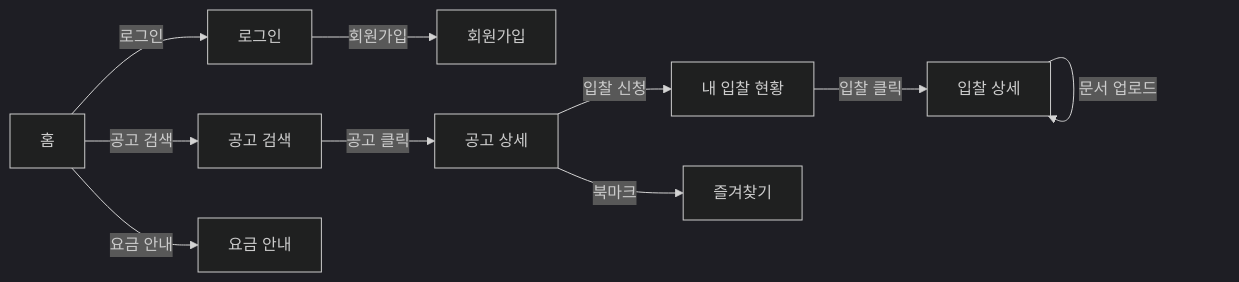
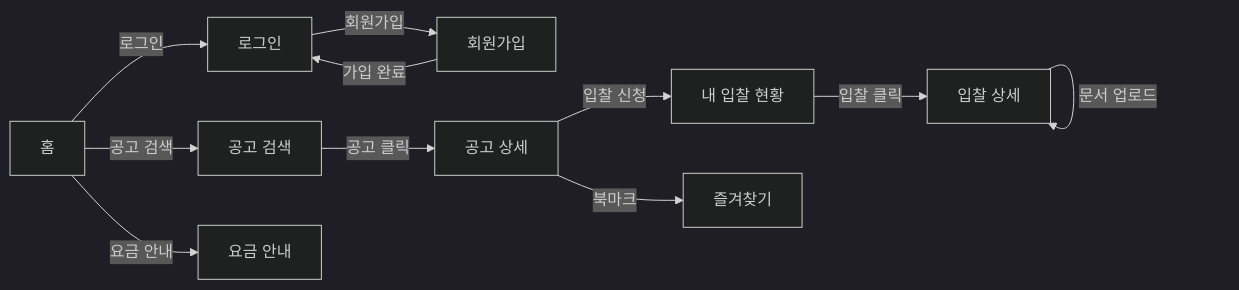
The first of 2 diagrams in docs/T3-3_화면_구조.md (johnnykim7/wjbid), drawn with Mermaid (dark theme) before and after one commit. The commit also changed other lines of this file and 20 other files, not shown here.

````diff
--- a/docs/T3-3_화면_구조.md
+++ b/docs/T3-3_화면_구조.md
@@ -437,12 +471,13 @@
 ```mermaid
 flowchart LR
     HOME[홈] -->|공고 검색| SEARCH[공고 검색]
     HOME -->|로그인| LOGIN[로그인]
     LOGIN -->|회원가입| REGISTER[회원가입]
+    REGISTER -->|가입 완료| LOGIN
     SEARCH -->|공고 클릭| DETAIL[공고 상세]
     DETAIL -->|입찰 신청| PROPOSALS[내 입찰 현황]
     DETAIL -->|북마크| BOOKMARKS[즐겨찾기]
     PROPOSALS -->|입찰 클릭| PROPOSAL_DETAIL[입찰 상세]
     PROPOSAL_DETAIL -->|문서 업로드| PROPOSAL_DETAIL
     HOME -->|요금 안내| PRICING[요금 안내]
 ```
````
